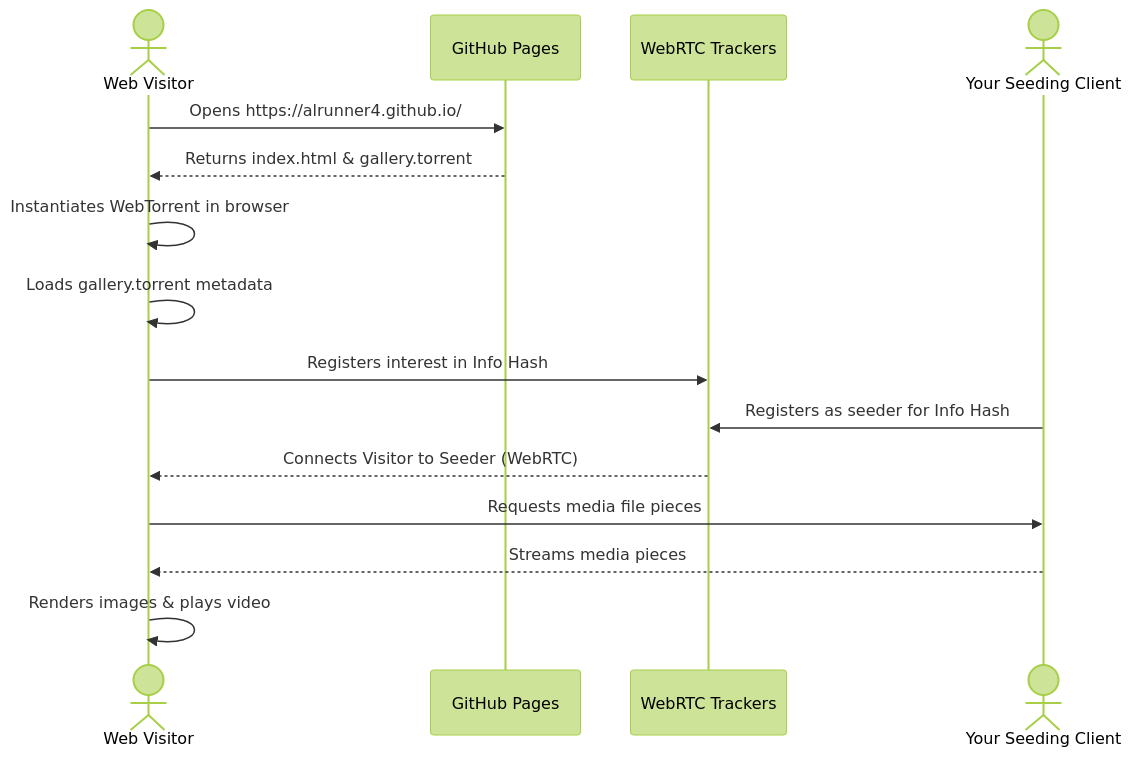
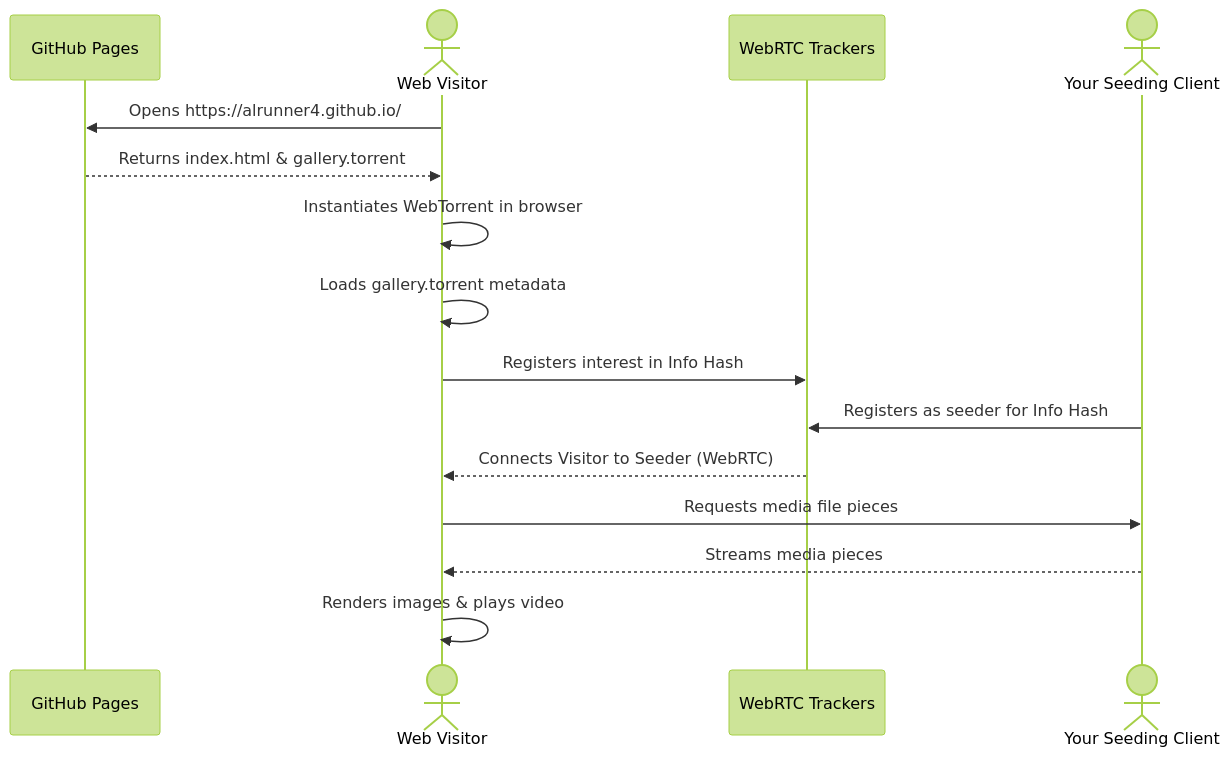
Before and after one commit to alrunner4/alrunner4.github.io: the diagram in README.md, drawn with Mermaid (forest theme). The commit also changed other lines of this file, not shown here.

Commit message:
reorder process diagram

````diff
--- a/README.md
+++ b/README.md
@@ -70,18 +70,18 @@
 ```mermaid
 sequenceDiagram
+    participant GH as GitHub Pages
     actor Visitor as Web Visitor
-    participant GH as GitHub Pages
     participant Track as WebRTC Trackers
     actor Seed as Your Seeding Client
 
     Visitor->>GH: Opens https://alrunner4.github.io/
     GH-->>Visitor: Returns index.html & gallery.torrent
     Visitor->>Visitor: Instantiates WebTorrent in browser
     Visitor->>Visitor: Loads gallery.torrent metadata
     Visitor->>Track: Registers interest in Info Hash
     Seed->>Track: Registers as seeder for Info Hash
     Track-->>Visitor: Connects Visitor to Seeder (WebRTC)
     Visitor->>Seed: Requests media file pieces
     Seed-->>Visitor: Streams media pieces
     Visitor->>Visitor: Renders images & plays video
 ```
````
